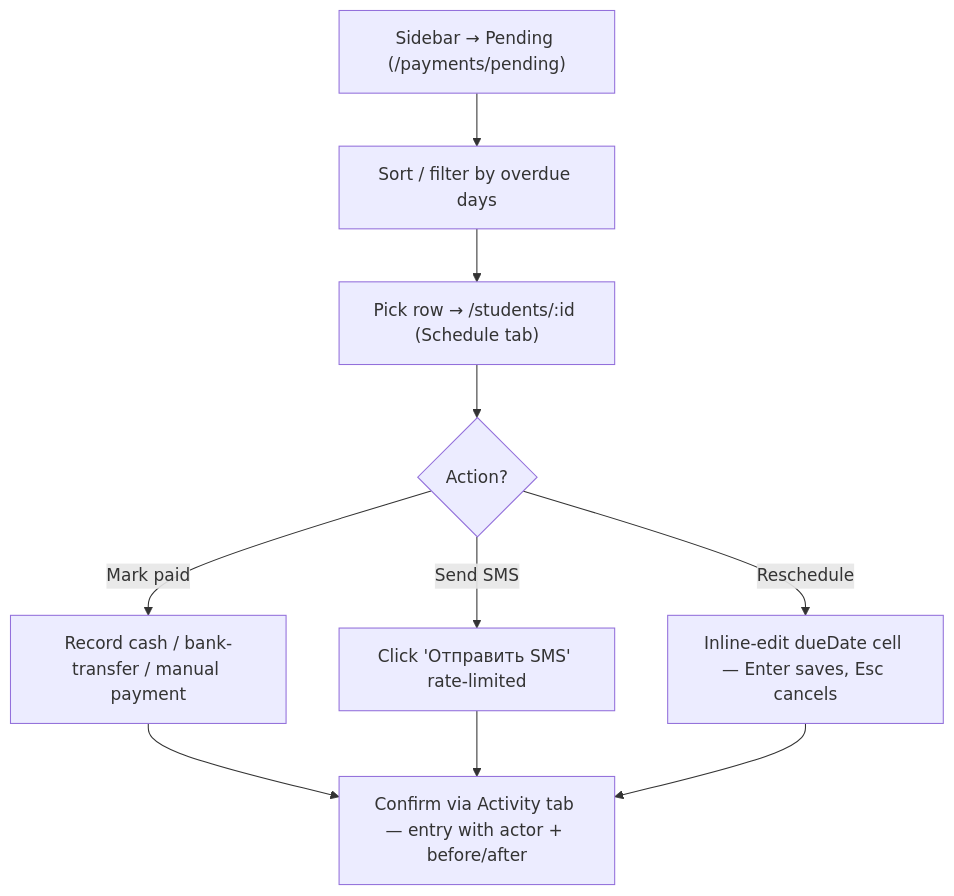
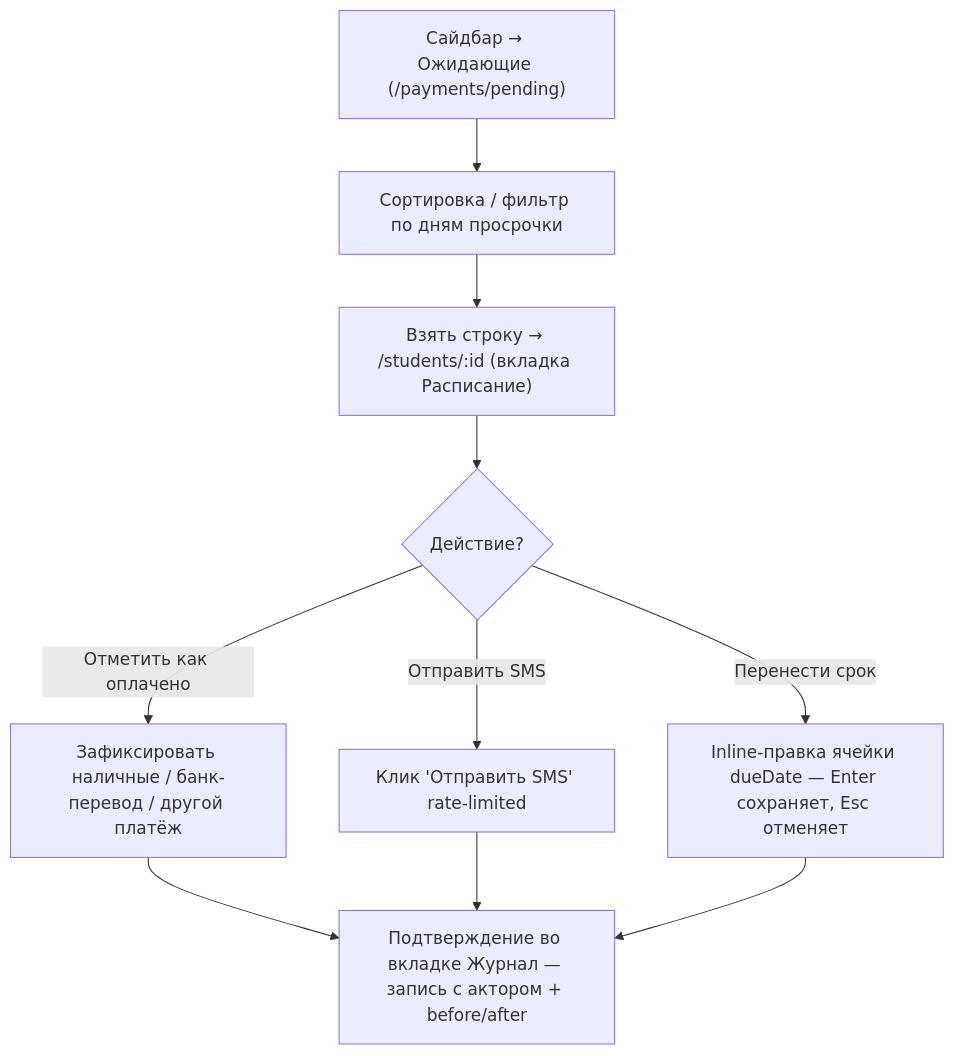
Diagram 15 of 19 in docs/USER_FLOWS_BY_ROLE.md (SardorAllaberganov/unipay-dashboard), drawn with Mermaid before and after one commit. The commit also changed other lines of this file and 1 other file, not shown here.

First line of the commit message:
docs: translate IA + role-flow docs to Russian

````diff
--- a/docs/USER_FLOWS_BY_ROLE.md
+++ b/docs/USER_FLOWS_BY_ROLE.md
@@ -543,12 +543,12 @@
 ```mermaid
 flowchart TD
-  A["Sidebar → Pending (/payments/pending)"] --> B["Sort / filter by overdue days"]
-  B --> C["Pick row → /students/:id (Schedule tab)"]
-  C --> D{Action?}
-  D -->|Mark paid| E["Record cash / bank-transfer / manual payment"]
-  D -->|Send SMS| F["Click 'Отправить SMS' rate-limited"]
-  D -->|Reschedule| G["Inline-edit dueDate cell — Enter saves, Esc cancels"]
-  E --> H["Confirm via Activity tab — entry with actor + before/after"]
+  A["Сайдбар → Ожидающие (/payments/pending)"] --> B["Сортировка / фильтр по дням просрочки"]
+  B --> C["Взять строку → /students/:id (вкладка Расписание)"]
+  C --> D{Действие?}
+  D -->|Отметить как оплачено| E["Зафиксировать наличные / банк-перевод / другой платёж"]
+  D -->|Отправить SMS| F["Клик 'Отправить SMS' rate-limited"]
+  D -->|Перенести срок| G["Inline-правка ячейки dueDate — Enter сохраняет, Esc отменяет"]
+  E --> H["Подтверждение во вкладке Журнал — запись с актором + before/after"]
   F --> H
   G --> H
 ```
````
